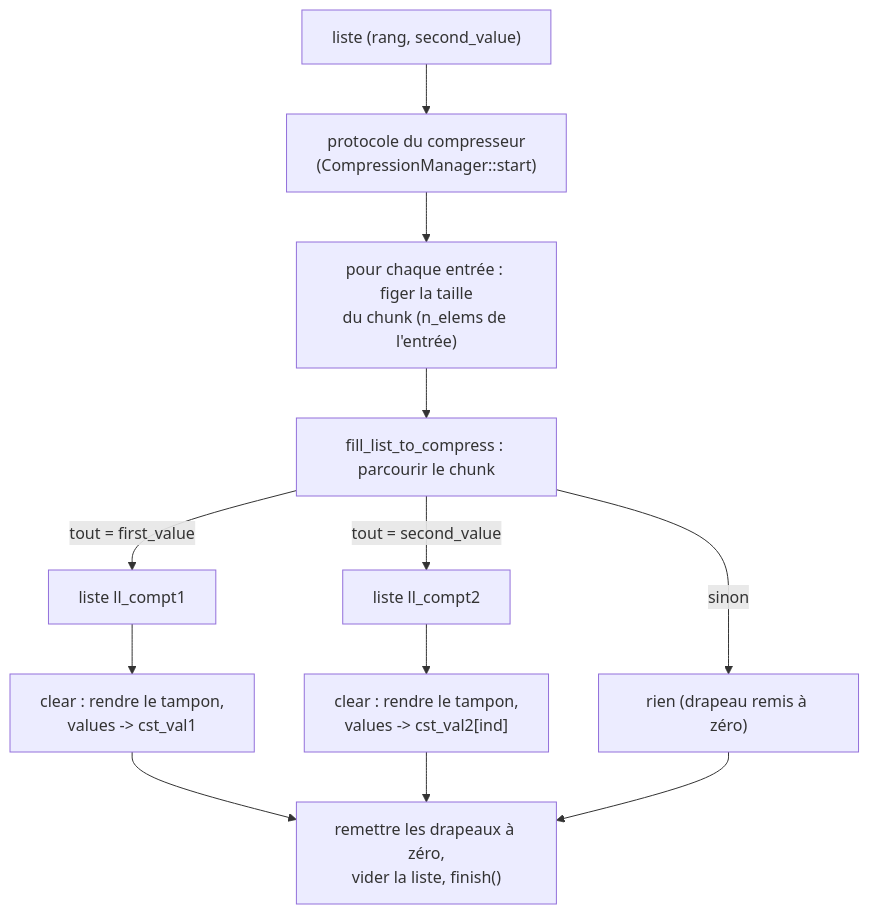
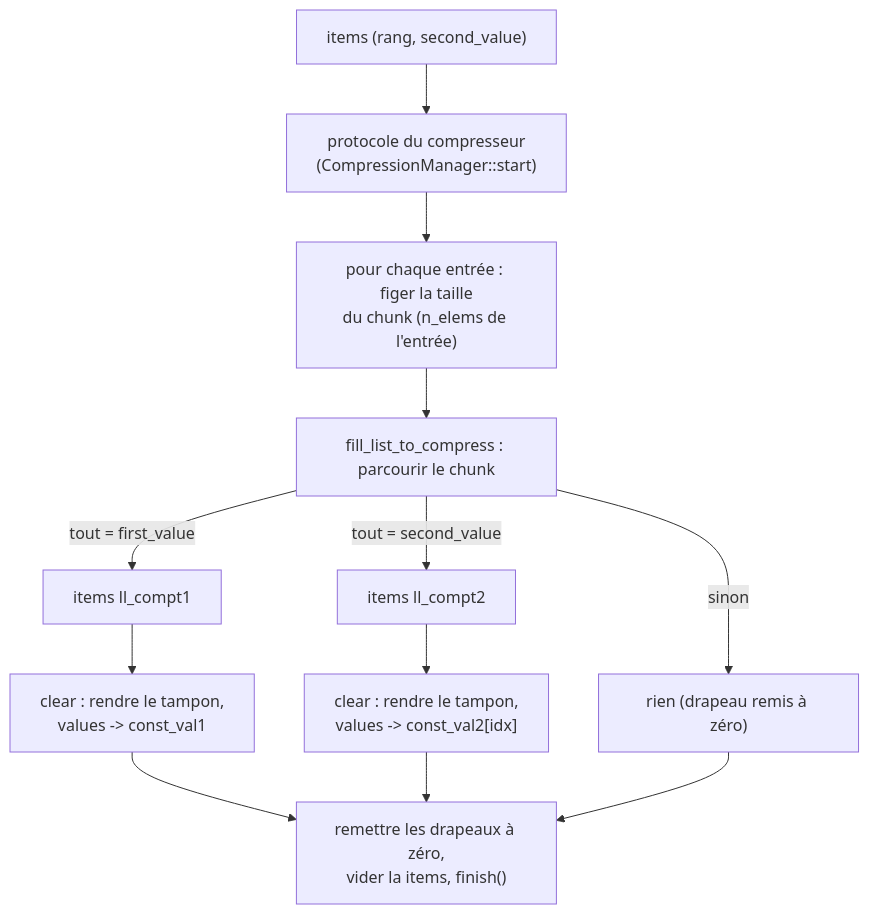
Before and after one commit to cea-hpc/shrink-array: the second of 2 diagrams in docs/algo_zero_one_value_fr.md, drawn with Mermaid. The commit also changed other lines of this file and 244 other files, not shown here.

````diff
--- a/docs/algo_zero_one_value_fr.md
+++ b/docs/algo_zero_one_value_fr.md
@@ -392,14 +392,14 @@
 ```mermaid
 flowchart TD
-    A["liste (rang, second_value)"] --> B["protocole du compresseur<br/>(CompressionManager::start)"]
+    A["items (rang, second_value)"] --> B["protocole du compresseur<br/>(CompressionManager::start)"]
     B --> C["pour chaque entrée : figer la taille<br/>du chunk (n_elems de l'entrée)"]
     C --> D["fill_list_to_compress : parcourir le chunk"]
-    D -->|"tout = first_value"| E["liste ll_compt1"]
-    D -->|"tout = second_value"| F["liste ll_compt2"]
+    D -->|"tout = first_value"| E["items ll_compt1"]
+    D -->|"tout = second_value"| F["items ll_compt2"]
     D -->|"sinon"| G["rien (drapeau remis à zéro)"]
-    E --> H["clear : rendre le tampon,<br/>values -> cst_val1"]
-    F --> I["clear : rendre le tampon,<br/>values -> cst_val2[ind]"]
-    H --> J["remettre les drapeaux à zéro,<br/>vider la liste, finish()"]
+    E --> H["clear : rendre le tampon,<br/>values -> const_val1"]
+    F --> I["clear : rendre le tampon,<br/>values -> const_val2[idx]"]
+    H --> J["remettre les drapeaux à zéro,<br/>vider la items, finish()"]
     I --> J
     G --> J
 ```
````
